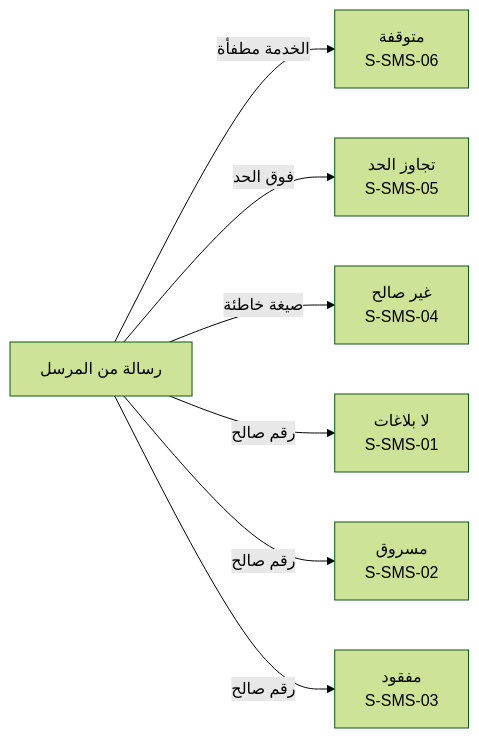
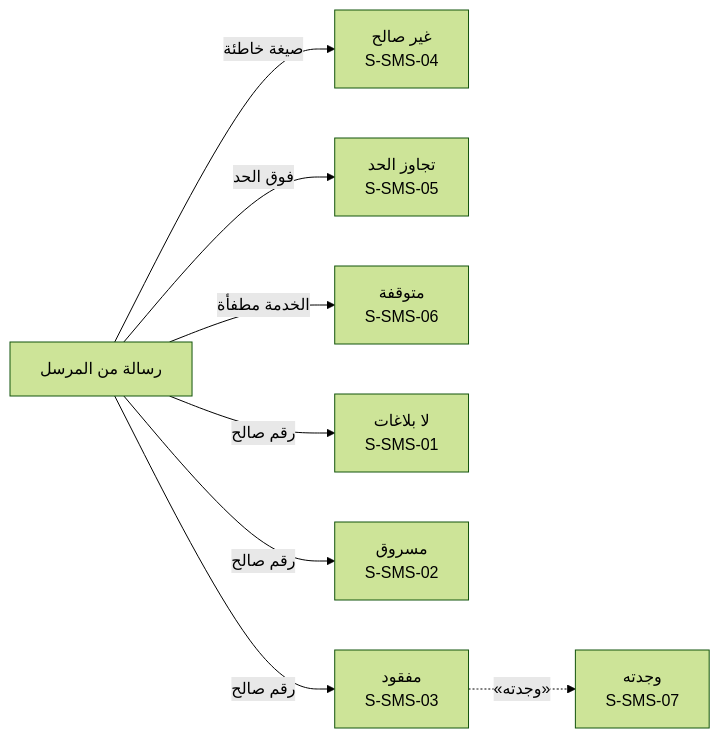
One commit to servacode/imei changed diagram 18 of 19 in docs/18-screen-inventory.md. Above: the diagram before and after it, drawn with Mermaid (forest theme). The commit also changed other lines of this file and 9 other files, not shown here.

````diff
--- a/docs/18-screen-inventory.md
+++ b/docs/18-screen-inventory.md
@@ -1120,14 +1172,16 @@
 ```mermaid
 flowchart LR
     IN["رسالة من المرسل"]
     S_SMS_04["غير صالح<br/>S-SMS-04"]
     S_SMS_05["تجاوز الحد<br/>S-SMS-05"]
     S_SMS_06["متوقفة<br/>S-SMS-06"]
     S_SMS_01["لا بلاغات<br/>S-SMS-01"]
     S_SMS_02["مسروق<br/>S-SMS-02"]
     S_SMS_03["مفقود<br/>S-SMS-03"]
+    S_SMS_07["وجدته<br/>S-SMS-07"]
     IN -- "الخدمة مطفأة" --> S_SMS_06
     IN -- "فوق الحد" --> S_SMS_05
     IN -- "صيغة خاطئة" --> S_SMS_04
     IN -- "رقم صالح" --> S_SMS_01 & S_SMS_02 & S_SMS_03
+    S_SMS_03 -. "«وجدته»" .-> S_SMS_07
 ```
````
